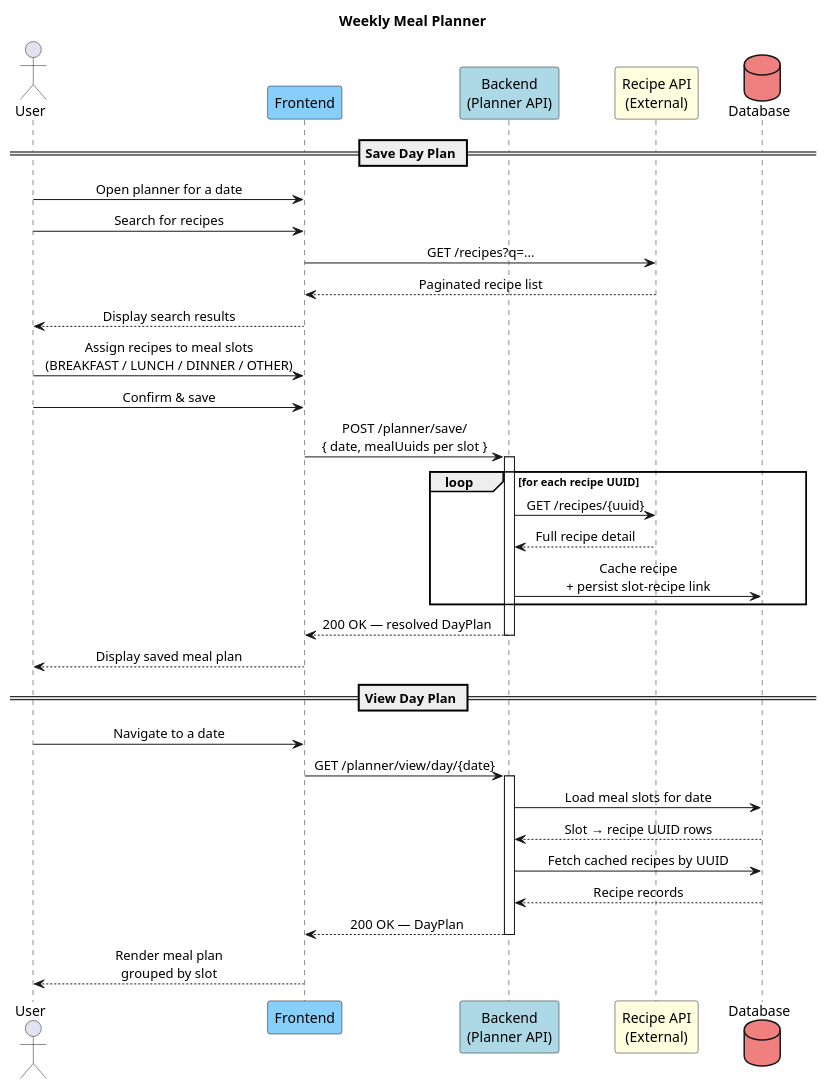
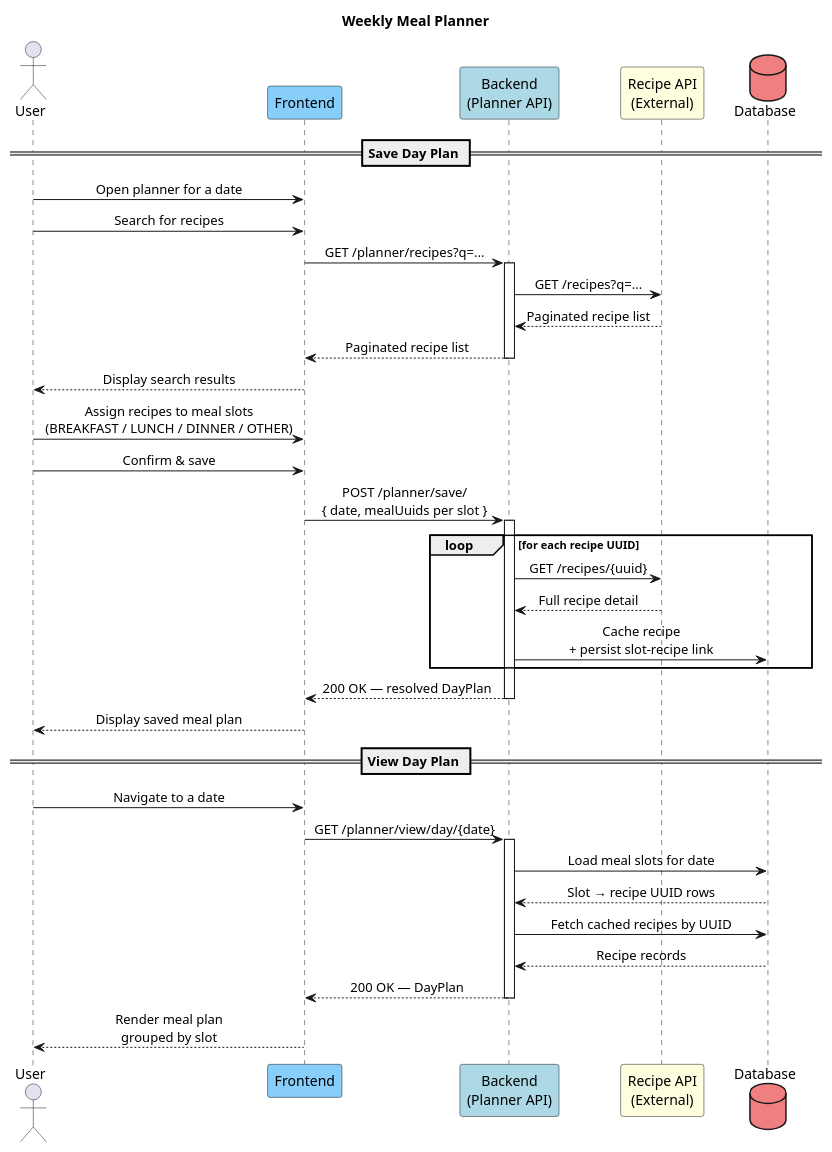
Before and after one commit to jg2002-j/dat5007: the diagram in docs/sequence-diagram.puml, drawn with PlantUML.

Commit message:
Update sequence diagram to reflect backend integration for recipe search

```diff
--- a/docs/sequence-diagram.puml
+++ b/docs/sequence-diagram.puml
@@ -1,66 +1,70 @@
 @startuml
 
 title Weekly Meal Planner
 
 skinparam sequenceMessageAlign center
 skinparam responseMessageBelowArrow true
 skinparam ParticipantPadding 20
 skinparam BoxPadding 10
 
 actor       User       as user
 participant Frontend   as fe    #LightSkyBlue
 participant "Backend\n(Planner API)" as be  #LightBlue
 participant "Recipe API\n(External)" as ext #LightYellow
 database    Database   as db                #LightCoral
 
 ' ─────────────────────────────────────────────
 ' FLOW 1 — Save Day Plan
 ' ─────────────────────────────────────────────
 == Save Day Plan ==
 
 user -> fe  : Open planner for a date
 user -> fe  : Search for recipes
 
-fe  -> ext  : GET /recipes?q=...
-ext --> fe  : Paginated recipe list
+fe  -> be   : GET /planner/recipes?q=...
+activate be
+be  -> ext  : GET /recipes?q=...
+ext --> be  : Paginated recipe list
+be  --> fe  : Paginated recipe list
+deactivate be
 
 fe  --> user : Display search results
 
 user -> fe  : Assign recipes to meal slots\n(BREAKFAST / LUNCH / DINNER / OTHER)
 user -> fe  : Confirm & save
 
 fe  -> be   : POST /planner/save/\n{ date, mealUuids per slot }
 activate be
 
 loop for each recipe UUID
     be  -> ext  : GET /recipes/{uuid}
     ext --> be  : Full recipe detail
     be  -> db   : Cache recipe\n+ persist slot–recipe link
 end
 
 be  --> fe  : 200 OK — resolved DayPlan
 deactivate be
 
 fe  --> user : Display saved meal plan
 
 ' ─────────────────────────────────────────────
 ' FLOW 2 — View Day Plan
 ' ─────────────────────────────────────────────
 == View Day Plan ==
 
 user -> fe  : Navigate to a date
 fe  -> be   : GET /planner/view/day/{date}
 activate be
 
 be  -> db   : Load meal slots for date
 db  --> be  : Slot → recipe UUID rows
 
 be  -> db   : Fetch cached recipes by UUID
 db  --> be  : Recipe records
 
 be  --> fe  : 200 OK — DayPlan
 deactivate be
 
 fe  --> user : Render meal plan\ngrouped by slot
 
 @enduml
```
